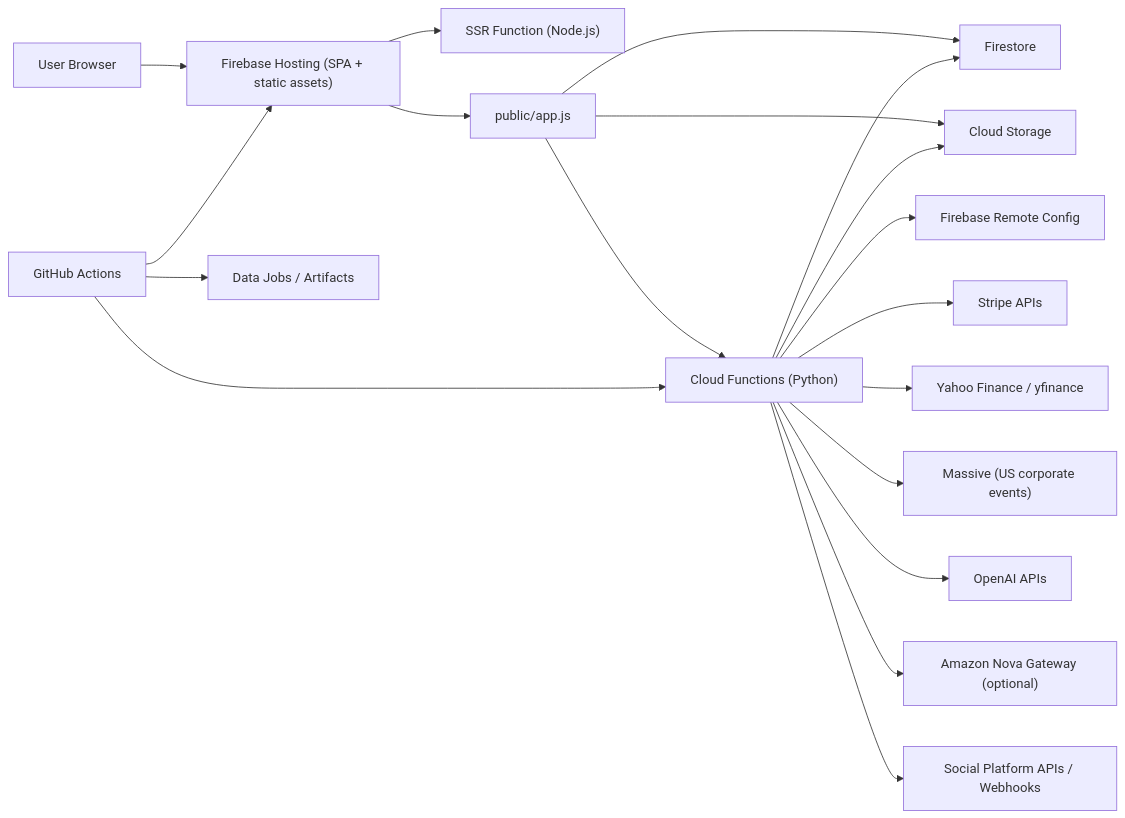
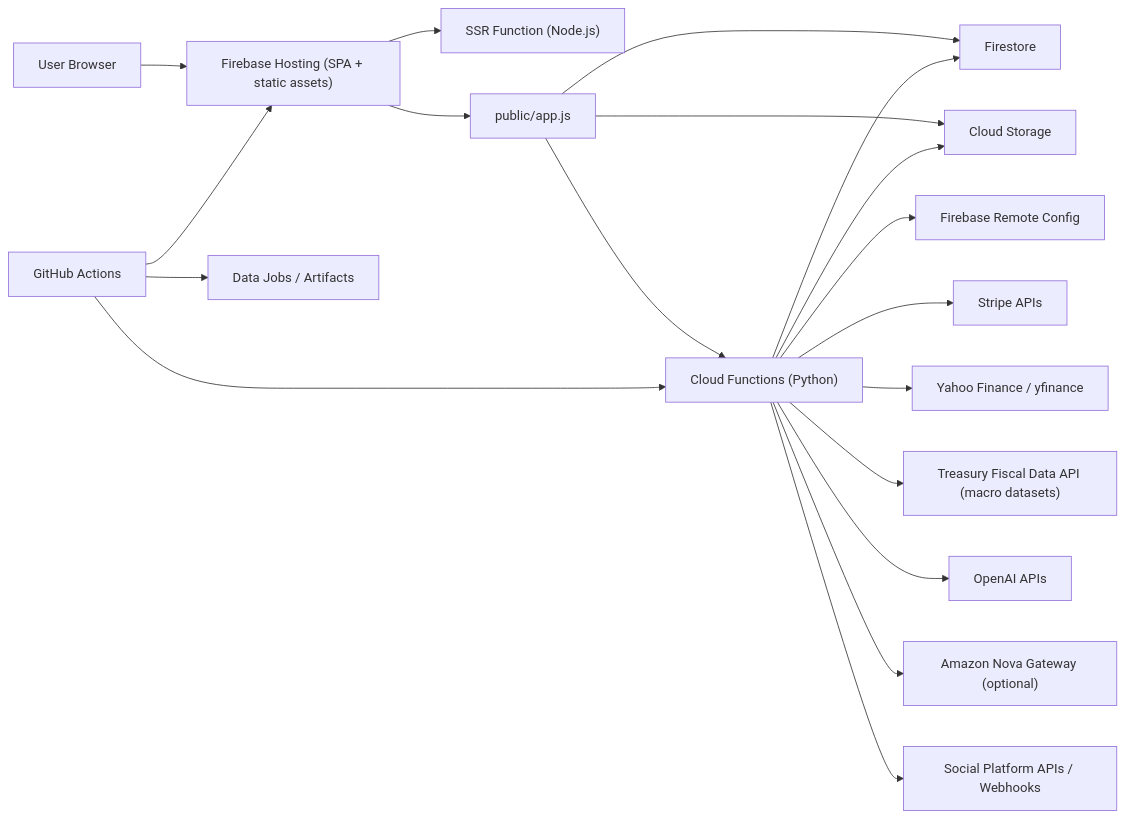
Before and after one commit to tamzid2001/stockssagemakerdata: the first of 2 diagrams in README.md, drawn with Mermaid. The commit also changed other lines of this file and 6 other files, not shown here.

````diff
--- a/README.md
+++ b/README.md
@@ -101,24 +101,24 @@
 ```mermaid
 flowchart LR
     U["User Browser"] --> H["Firebase Hosting (SPA + static assets)"]
     H --> SSR["SSR Function (Node.js)"]
     H --> JS["public/app.js"]
 
     JS --> PY["Cloud Functions (Python)"]
     JS --> FS["Firestore"]
     JS --> ST["Cloud Storage"]
 
     PY --> FS
     PY --> ST
     PY --> RC["Firebase Remote Config"]
     PY --> Stripe["Stripe APIs"]
     PY --> YF["Yahoo Finance / yfinance"]
-    PY --> MX["Massive (US corporate events)"]
+    PY --> FD["Treasury Fiscal Data API (macro datasets)"]
     PY --> OAI["OpenAI APIs"]
     PY --> NOVA["Amazon Nova Gateway (optional)"]
     PY --> SM["Social Platform APIs / Webhooks"]
 
     GH["GitHub Actions"] --> H
     GH --> PY
     GH --> Data["Data Jobs / Artifacts"]
 ```
````
